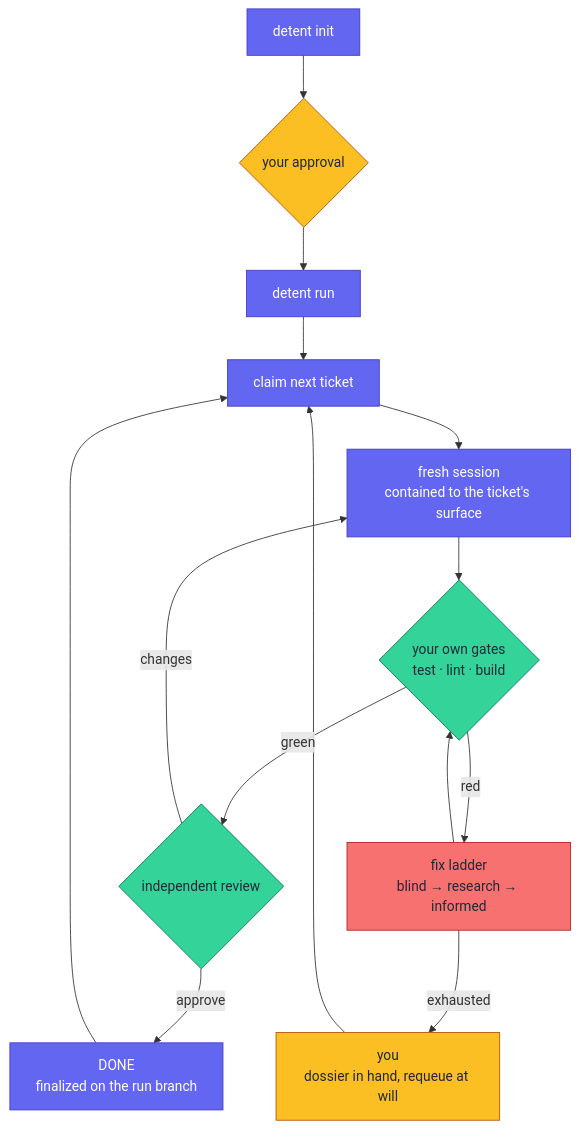
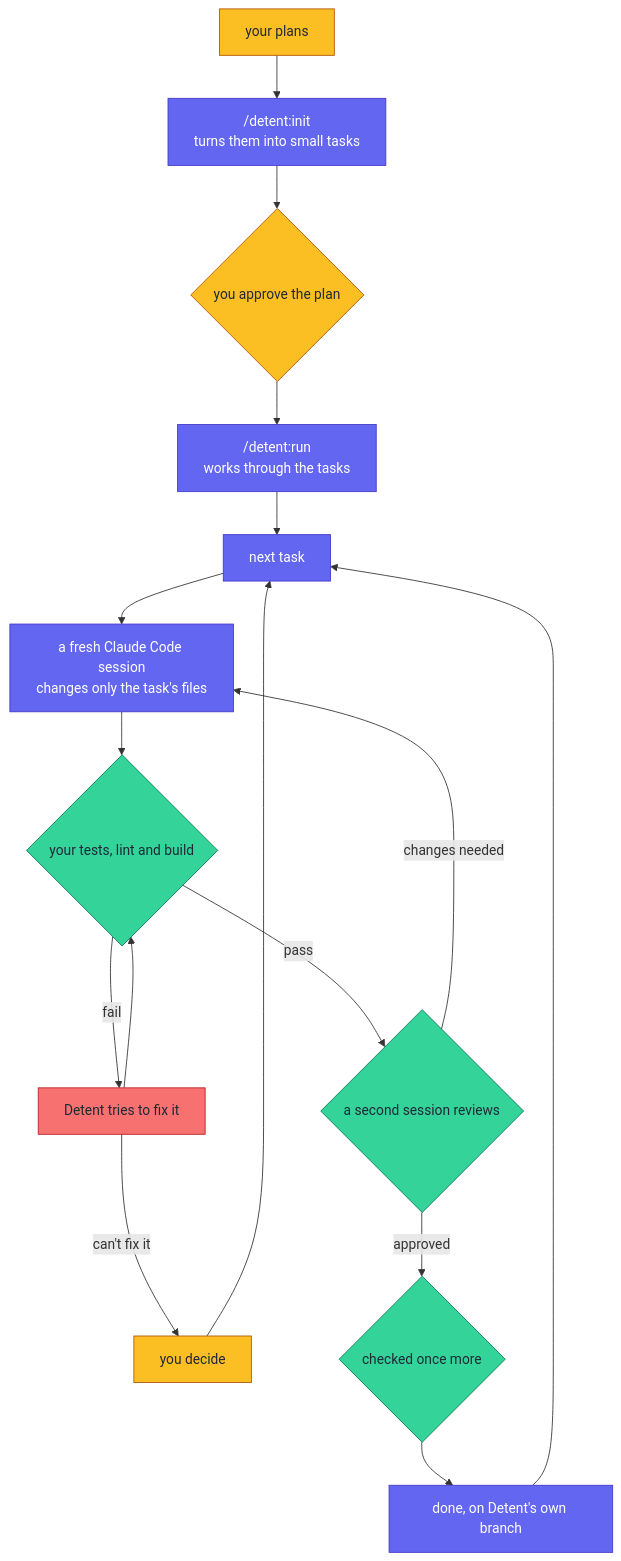
Before and after one commit to djazairdev/detent: the diagram in README.md, drawn with Mermaid. The commit also changed other lines of this file and 322 other files, not shown here.

````diff
--- a/README.md
+++ b/README.md
@@ -102,25 +20,27 @@
 ```mermaid
 flowchart TD
-    I["detent init"] --> A{"your approval"}
-    A --> R["detent run"]
-    R --> C["claim next ticket"]
-    C --> S["fresh session<br>contained to the ticket's surface"]
-    S --> G{"your own gates<br>test · lint · build"}
-    G -- green --> V{"independent review"}
-    G -- red --> L["fix ladder<br>blind → research → informed"]
-    L --> G
-    L -- exhausted --> H["you<br>dossier in hand, requeue at will"]
-    H --> C
-    V -- changes --> S
-    V -- approve --> D["DONE<br>finalized on the run branch"]
-    D --> C
+    P["your plans"] --> I["/detent:init<br>turns them into small tasks"]
+    I --> A{"you approve the plan"}
+    A --> R["/detent:run<br>works through the tasks"]
+    R --> T["next task"]
+    T --> S["a fresh Claude Code session<br>changes only the task's files"]
+    S --> G{"your tests, lint and build"}
+    G -- pass --> V{"a second session reviews"}
+    G -- fail --> F["Detent tries to fix it"]
+    F --> G
+    F -- "can't fix it" --> H["you decide"]
+    H --> T
+    V -- "changes needed" --> S
+    V -- approved --> K{"checked once more"}
+    K --> D["done, on Detent's own branch"]
+    D --> T
 
     classDef you fill:#fbbf24,stroke:#b45309,color:#1f2937
     classDef machine fill:#6366f1,stroke:#4338ca,color:#ffffff
     classDef verify fill:#34d399,stroke:#047857,color:#1f2937
-    classDef ladder fill:#f87171,stroke:#b91c1c,color:#1f2937
-    class A,H you
-    class I,R,C,S,D machine
-    class G,V verify
-    class L ladder
+    classDef fix fill:#f87171,stroke:#b91c1c,color:#1f2937
+    class P,A,H you
+    class I,R,T,S,D machine
+    class G,V,K verify
+    class F fix
 ```
````
